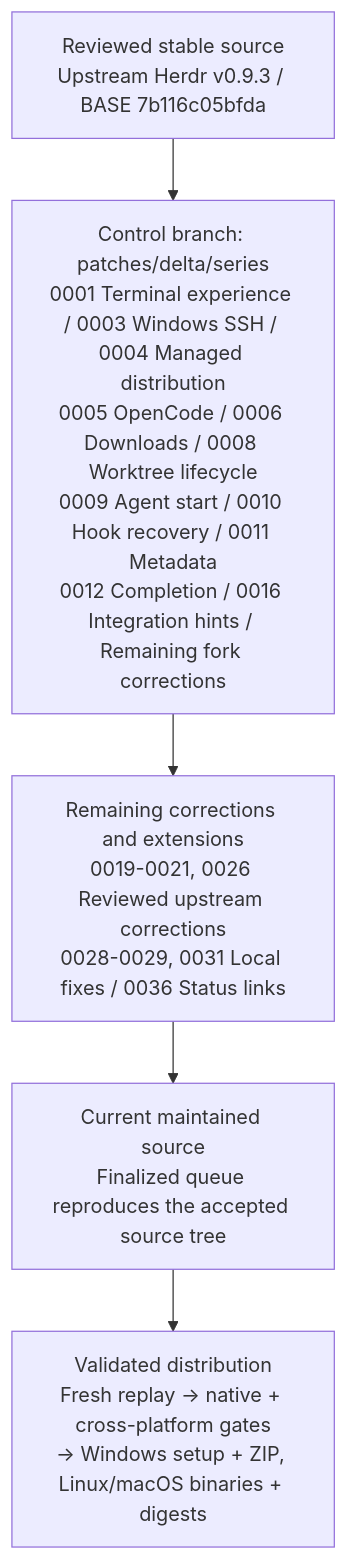
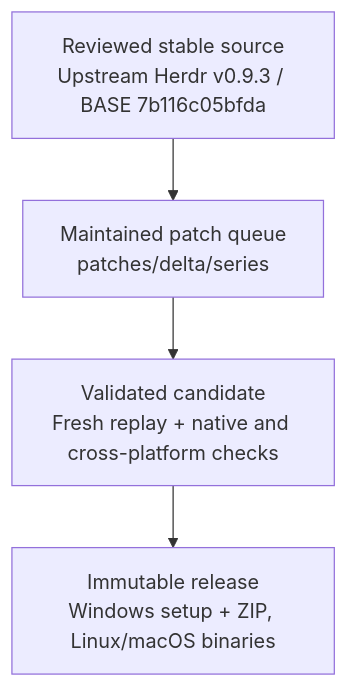
Before and after one commit to hdosys/herdr-ext: the diagram in docs/next/README.md, drawn with Mermaid. The commit also changed other lines of this file and 2 other files, not shown here.

````diff
--- a/docs/next/README.md
+++ b/docs/next/README.md
@@ -34,9 +33,8 @@
 ```mermaid
 flowchart TB
     S["Reviewed stable source<br/>Upstream Herdr v0.9.3 / BASE 7b116c05bfda"]
-    Q["Control branch: patches/delta/series<br/>0001 Terminal experience / 0003 Windows SSH / 0004 Managed distribution<br/>0005 OpenCode / 0006 Downloads / 0008 Worktree lifecycle<br/>0009 Agent start / 0010 Hook recovery / 0011 Metadata<br/>0012 Completion / 0016 Integration hints / Remaining fork corrections"]
-    B["Remaining corrections and extensions<br/>0019-0021, 0026 Reviewed upstream corrections<br/>0028-0029, 0031 Local fixes / 0036 Status links"]
-    D["Current maintained source<br/>Finalized queue reproduces the accepted source tree"]
-    V["Validated distribution<br/>Fresh replay → native + cross-platform gates<br/>→ Windows setup + ZIP, Linux/macOS binaries + digests"]
-    S --> Q --> B --> D --> V
+    Q["Maintained patch queue<br/>patches/delta/series"]
+    C["Validated candidate<br/>Fresh replay + native and cross-platform checks"]
+    R["Immutable release<br/>Windows setup + ZIP, Linux/macOS binaries"]
+    S --> Q --> C --> R
 ```
````
